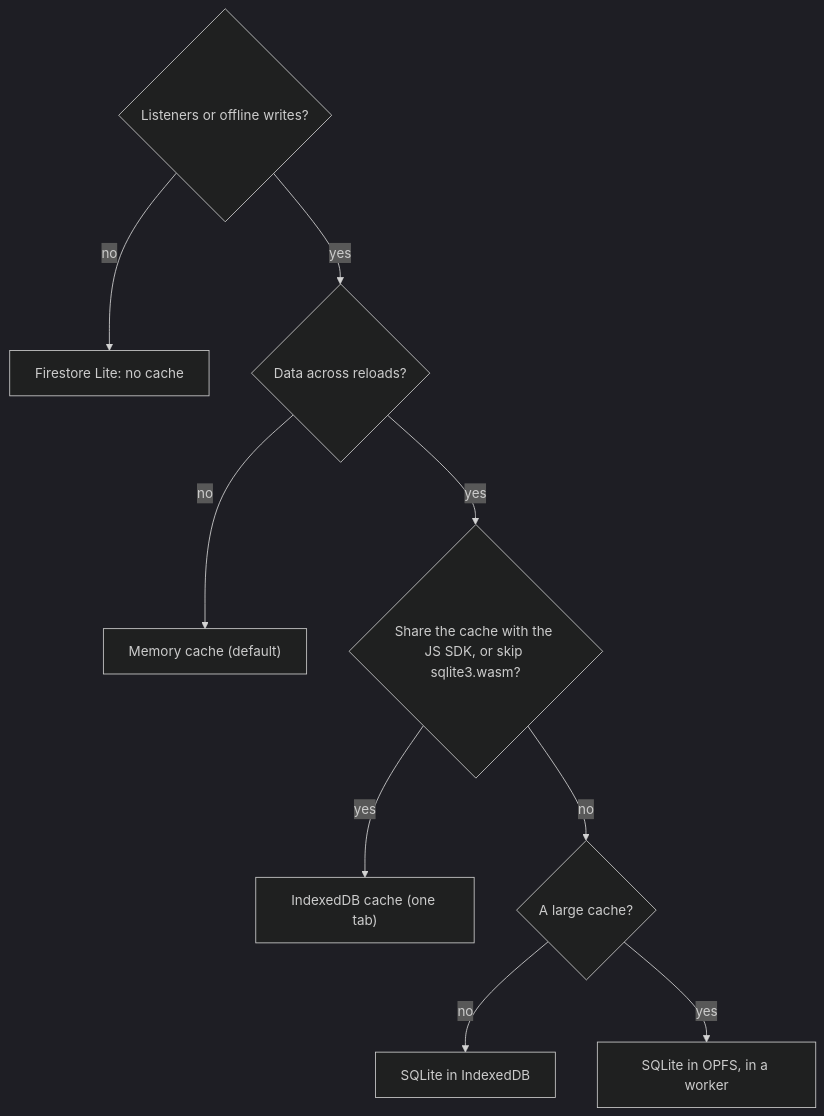
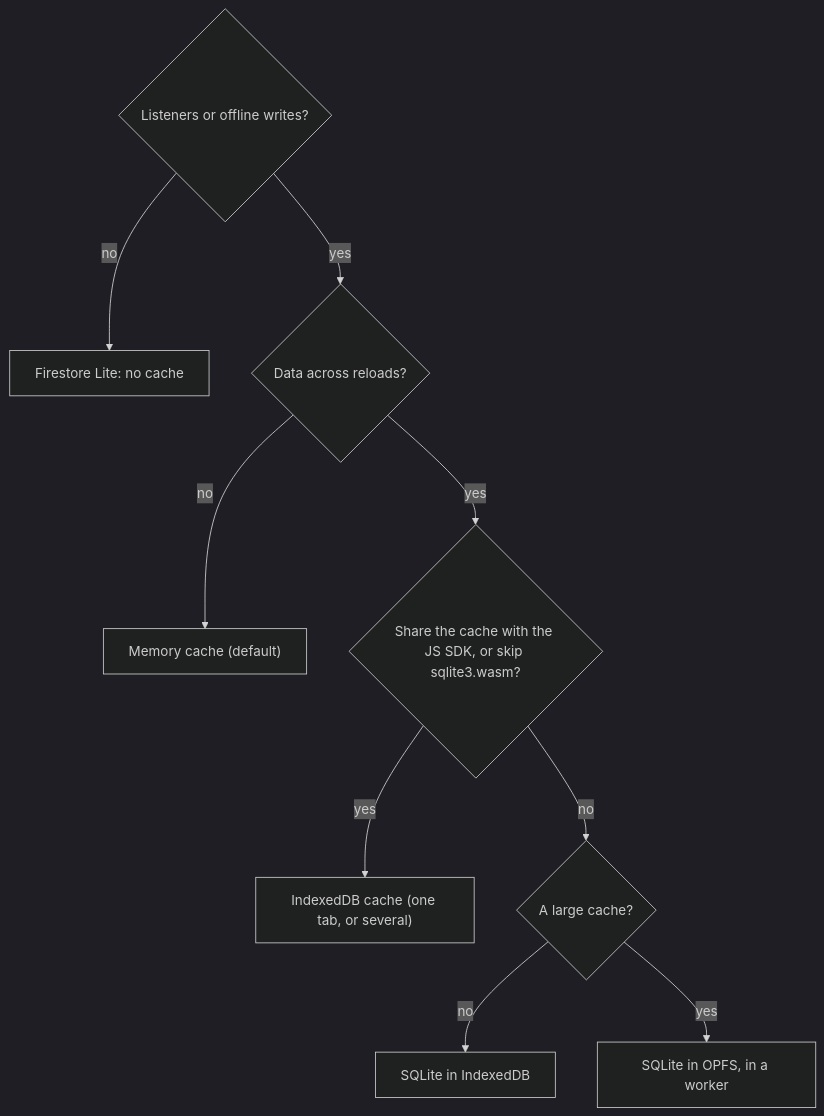
Before and after one commit to long1eu/firebase_dart_sdk: the third of 3 diagrams in docs/guides/web.md, drawn with Mermaid (dark theme). The commit also changed other lines of this file and 15 other files, not shown here.

Commit message:
Document the multi-tab mode of the IndexedDB cache as a preview

````diff
--- a/docs/guides/web.md
+++ b/docs/guides/web.md
@@ -190,12 +190,12 @@
 ```mermaid
 flowchart TD
   needLive{"Listeners or offline writes?"}
   needLive -- "no" --> lite["Firestore Lite: no cache"]
   needLive -- "yes" --> needReload{"Data across reloads?"}
   needReload -- "no" --> memory["Memory cache (default)"]
   needReload -- "yes" --> jsFormat{"Share the cache with the JS SDK, or skip sqlite3.wasm?"}
-  jsFormat -- "yes" --> idbCache["IndexedDB cache (one tab)"]
+  jsFormat -- "yes" --> idbCache["IndexedDB cache (one tab, or several)"]
   jsFormat -- "no" --> cacheSize{"A large cache?"}
   cacheSize -- "no" --> indexedDb["SQLite in IndexedDB"]
   cacheSize -- "yes" --> opfs["SQLite in OPFS, in a worker"]
 ```
````
